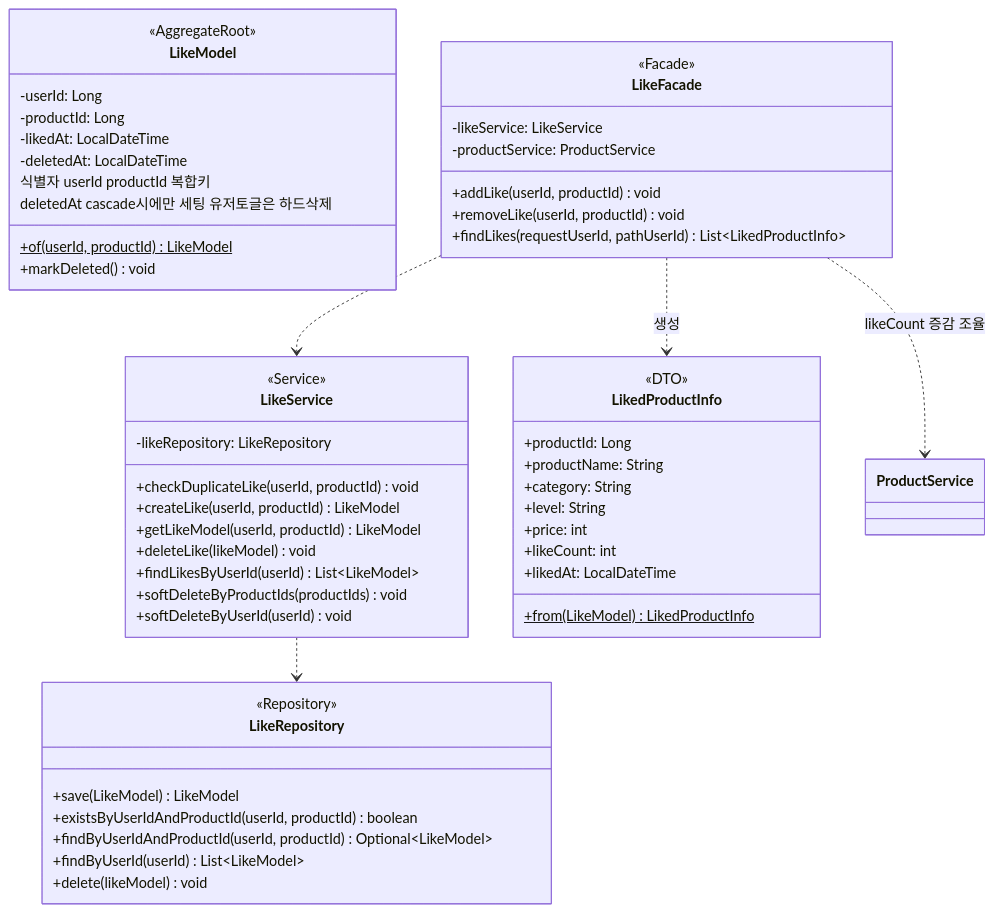
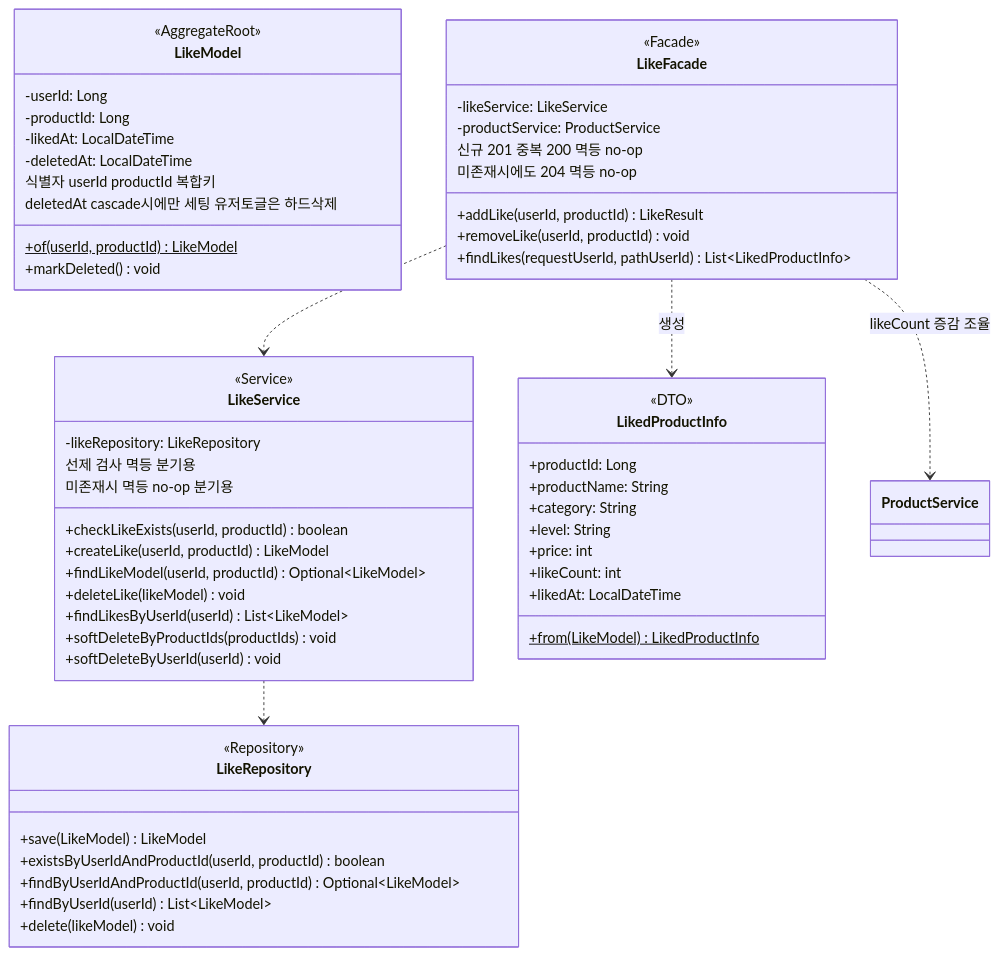
The fourth of 7 diagrams in .docs/design/03-class-diagram.md (loopers-labs/loop-pack-be-l2-vol4-java), drawn with Mermaid before and after one commit. The commit also changed other lines of this file and 5 other files, not shown here.

````diff
--- a/.docs/design/03-class-diagram.md
+++ b/.docs/design/03-class-diagram.md
@@ -428,64 +433,68 @@
 ```mermaid
 classDiagram
     direction TB
 
     class LikeModel {
         <<AggregateRoot>>
         -userId: Long
         -productId: Long
         -likedAt: LocalDateTime
         -deletedAt: LocalDateTime
         식별자 userId productId 복합키
         deletedAt cascade시에만 세팅 유저토글은 하드삭제
         +of(userId, productId)$ LikeModel
         +markDeleted() void
     }
 
     class LikeService {
         <<Service>>
         -likeRepository: LikeRepository
-        +checkDuplicateLike(userId, productId) void
+        +checkLikeExists(userId, productId) boolean
+        선제 검사 멱등 분기용
         +createLike(userId, productId) LikeModel
-        +getLikeModel(userId, productId) LikeModel
+        +findLikeModel(userId, productId) Optional~LikeModel~
+        미존재시 멱등 no-op 분기용
         +deleteLike(likeModel) void
         +findLikesByUserId(userId) List~LikeModel~
         +softDeleteByProductIds(productIds) void
         +softDeleteByUserId(userId) void
     }
 
     class LikeRepository {
         <<Repository>>
         <<interface>>
         +save(LikeModel) LikeModel
         +existsByUserIdAndProductId(userId, productId) boolean
         +findByUserIdAndProductId(userId, productId) Optional~LikeModel~
         +findByUserId(userId) List~LikeModel~
         +delete(likeModel) void
     }
 
     class LikeFacade {
         <<Facade>>
         -likeService: LikeService
         -productService: ProductService
-        +addLike(userId, productId) void
+        +addLike(userId, productId) LikeResult
+        신규 201 중복 200 멱등 no-op
         +removeLike(userId, productId) void
+        미존재시에도 204 멱등 no-op
         +findLikes(requestUserId, pathUserId) List~LikedProductInfo~
     }
 
     class LikedProductInfo {
         <<DTO>>
         +productId: Long
         +productName: String
         +category: String
         +level: String
         +price: int
         +likeCount: int
         +likedAt: LocalDateTime
         +from(LikeModel)$ LikedProductInfo
     }
 
     LikeService ..> LikeRepository
     LikeFacade ..> LikeService
     LikeFacade ..> ProductService : likeCount 증감 조율
     LikeFacade ..> LikedProductInfo : 생성
 ```
````
